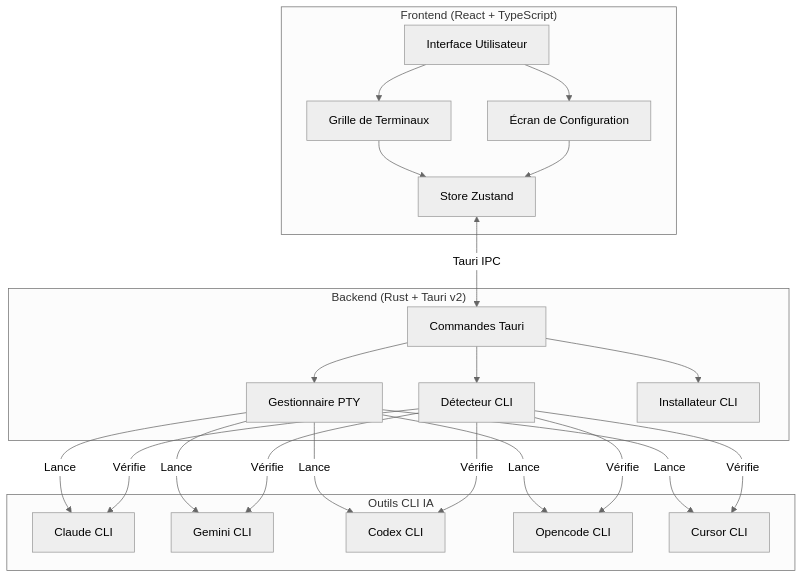
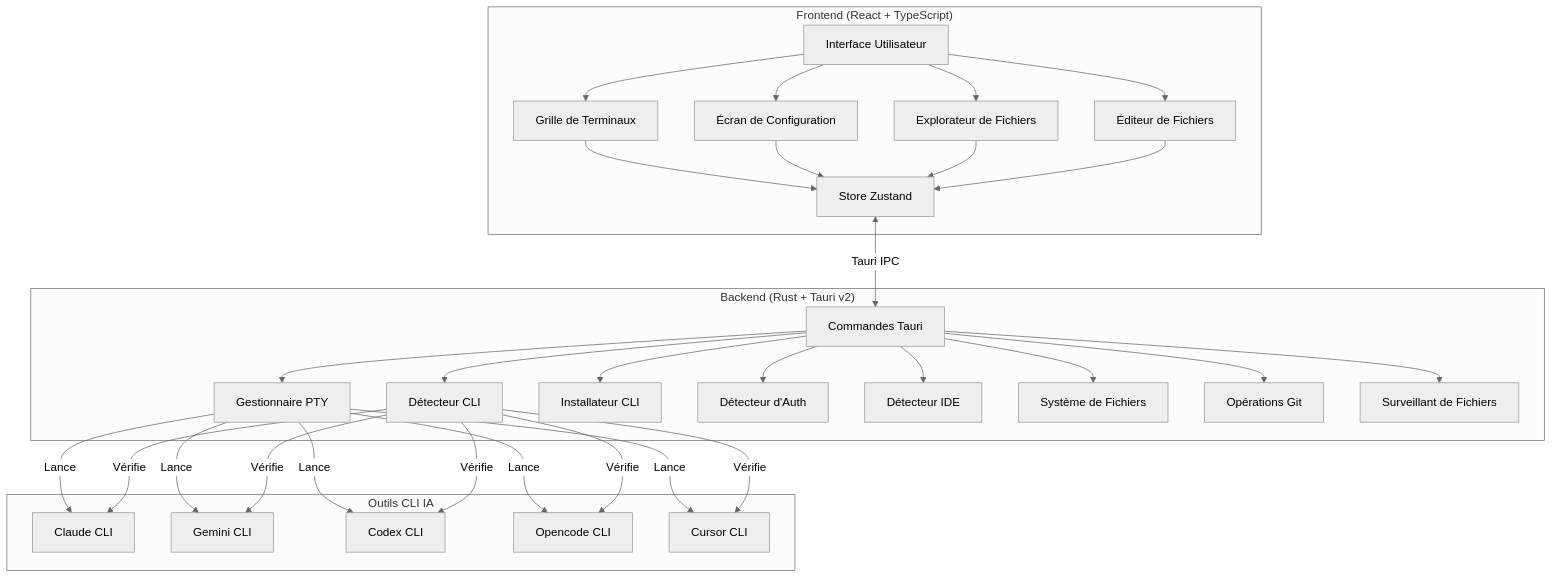
Before and after one commit to wolfenazz/AgentsLand: the first of 2 diagrams in FRREADME.MD, drawn with Mermaid (neutral theme). The commit also changed other lines of this file and 6 other files, not shown here.

First line of the commit message:
Add file explorer, IDE support in READMEs

````diff
--- a/FRREADME.MD
+++ b/FRREADME.MD
@@ -153,46 +178,62 @@
 ```mermaid
 graph TB
     subgraph Frontend["Frontend (React + TypeScript)"]
         UI[Interface Utilisateur]
         Grid[Grille de Terminaux]
         Setup[Écran de Configuration]
         Store[Store Zustand]
+        Explorer[Explorateur de Fichiers]
+        Editor[Éditeur de Fichiers]
     end
 
     subgraph Backend["Backend (Rust + Tauri v2)"]
         Commands[Commandes Tauri]
         PTY[Gestionnaire PTY]
         DTecteur[Détecteur CLI]
         Installateur[Installateur CLI]
+        Auth[Détecteur d'Auth]
+        Ide[Détecteur IDE]
+        Fs[Système de Fichiers]
+        Git[Opérations Git]
+        Watcher[Surveillant de Fichiers]
     end
 
     subgraph CLIs["Outils CLI IA"]
         Claude[Claude CLI]
         Gemini[Gemini CLI]
         Codex[Codex CLI]
         Opencode[Opencode CLI]
         Cursor[Cursor CLI]
     end
 
     UI --> Grid
     UI --> Setup
+    UI --> Explorer
+    UI --> Editor
     Grid --> Store
     Setup --> Store
+    Explorer --> Store
+    Editor --> Store
     
     Store <-->|Tauri IPC| Commands
     Commands --> PTY
     Commands --> DTecteur
     Commands --> Installateur
+    Commands --> Auth
+    Commands --> Ide
+    Commands --> Fs
+    Commands --> Git
+    Commands --> Watcher
     
     PTY -->|Lance| Claude
     PTY -->|Lance| Gemini
     PTY -->|Lance| Codex
     PTY -->|Lance| Opencode
     PTY -->|Lance| Cursor
     
     DTecteur -->|Vérifie| Claude
     DTecteur -->|Vérifie| Gemini
     DTecteur -->|Vérifie| Codex
     DTecteur -->|Vérifie| Opencode
     DTecteur -->|Vérifie| Cursor
 ```
````
